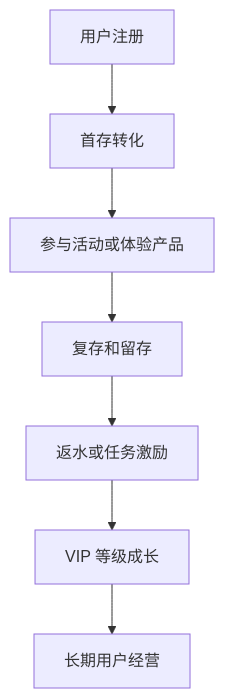
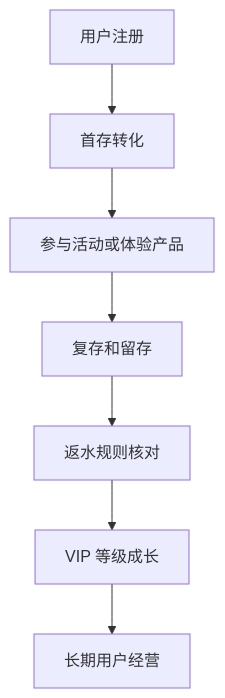
One commit to micjordan9527/game changed the diagram in content/articles/first-deposit-retention-vip.md. Above: the diagram before and after it, drawn with Mermaid. The commit also changed other lines of this file and 30 other files, not shown here.

First line of the commit message:
Enrich seven knowledge articles with GPT diagrams and linked change index

````diff
--- a/content/articles/first-deposit-retention-vip.md
+++ b/content/articles/first-deposit-retention-vip.md
@@ -50,9 +51,9 @@
 ```mermaid
 flowchart TD
   A[用户注册] --> B[首存转化]
   B --> C[参与活动或体验产品]
   C --> D[复存和留存]
-  D --> E[返水或任务激励]
+  D --> E[返水规则核对]
   E --> F[VIP 等级成长]
   F --> G[长期用户经营]
 ```
````
